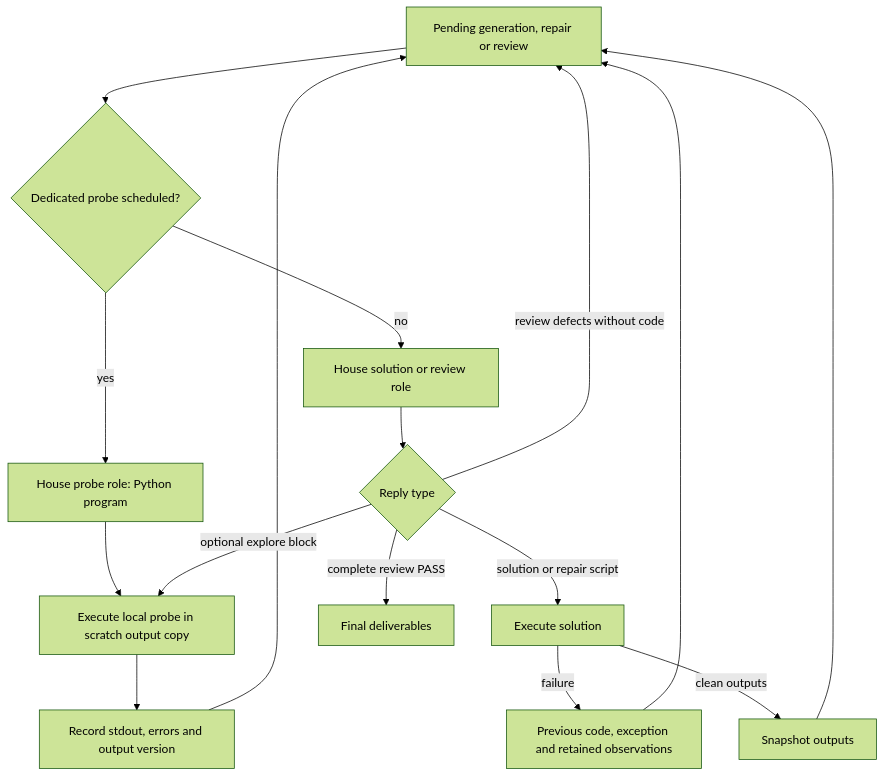
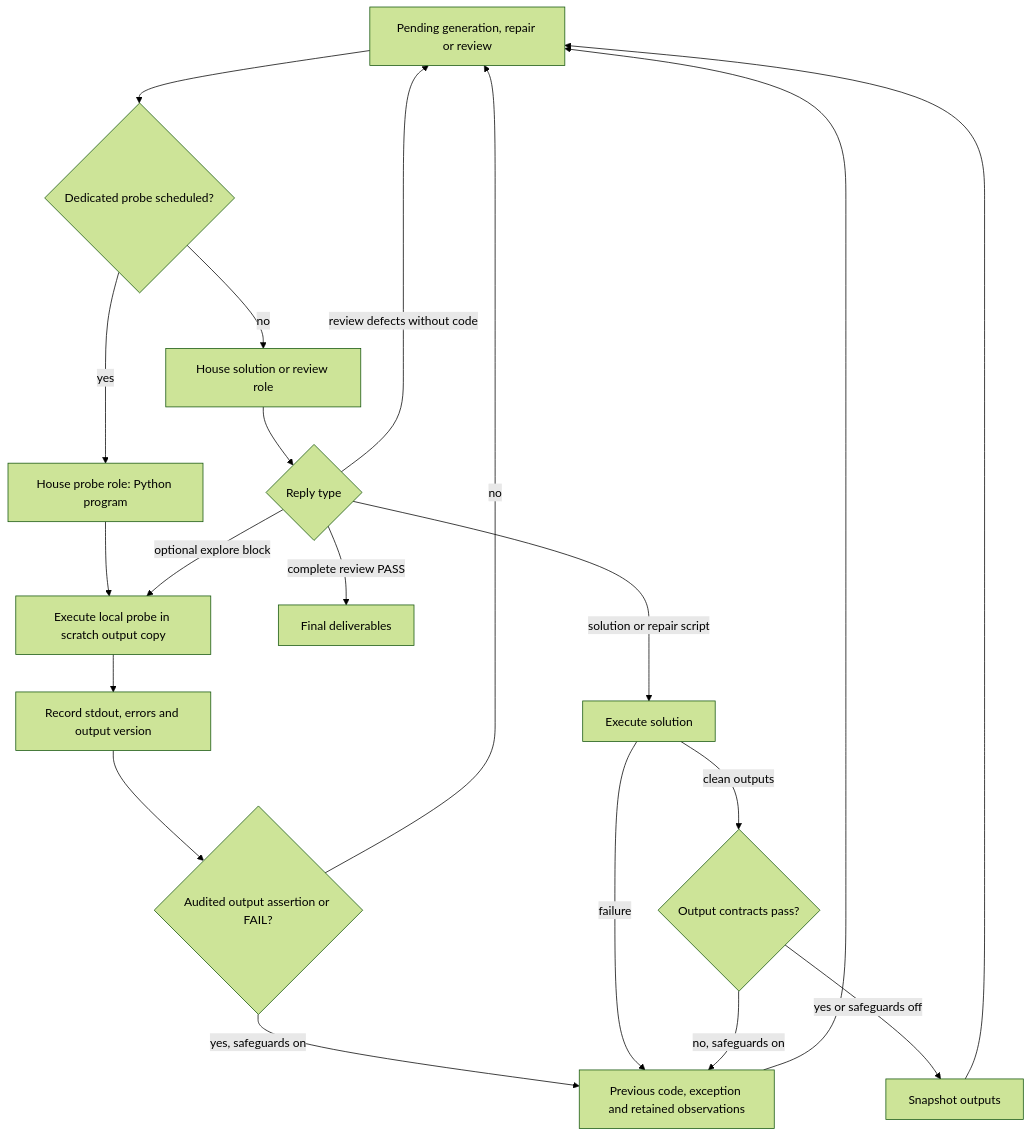
Before and after one commit to Fpengz/Agenthon-track-1-coding: the diagram in agent/feedback.md, drawn with Mermaid (forest theme). The commit also changed other lines of this file and 9 other files, not shown here.

````diff
--- a/agent/feedback.md
+++ b/agent/feedback.md
@@ -8,18 +8,22 @@
 ```mermaid
 flowchart TD
     A[Pending generation, repair or review] --> B{Dedicated probe scheduled?}
     B -->|yes| M[House probe role: Python program]
     M --> P[Execute local probe in scratch output copy]
     P --> O[Record stdout, errors and output version]
-    O --> A
+    O --> H{Audited output assertion or FAIL?}
+    H -->|yes, safeguards on| F
+    H -->|no| A
     B -->|no| G[House solution or review role]
     G --> Q{Reply type}
     Q -->|optional explore block| P
     Q -->|solution or repair script| E[Execute solution]
     E -->|failure| F[Previous code, exception and retained observations]
     F --> A
-    E -->|clean outputs| S[Snapshot outputs]
+    E -->|clean outputs| C{Output contracts pass?}
+    C -->|no, safeguards on| F
+    C -->|yes or safeguards off| S[Snapshot outputs]
     S --> A
     Q -->|review defects without code| A
     Q -->|complete review PASS| D[Final deliverables]
 ```
````
